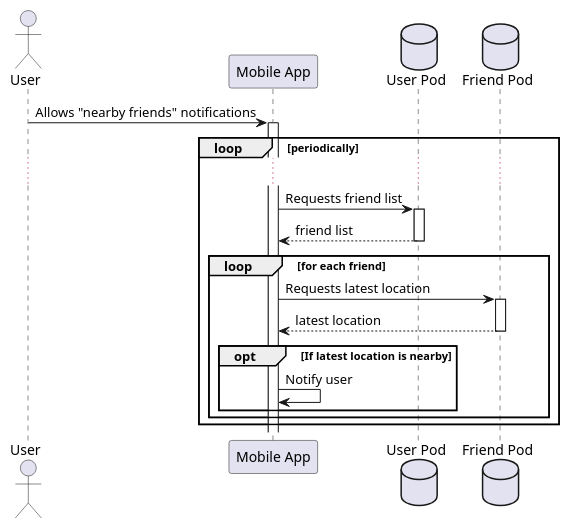
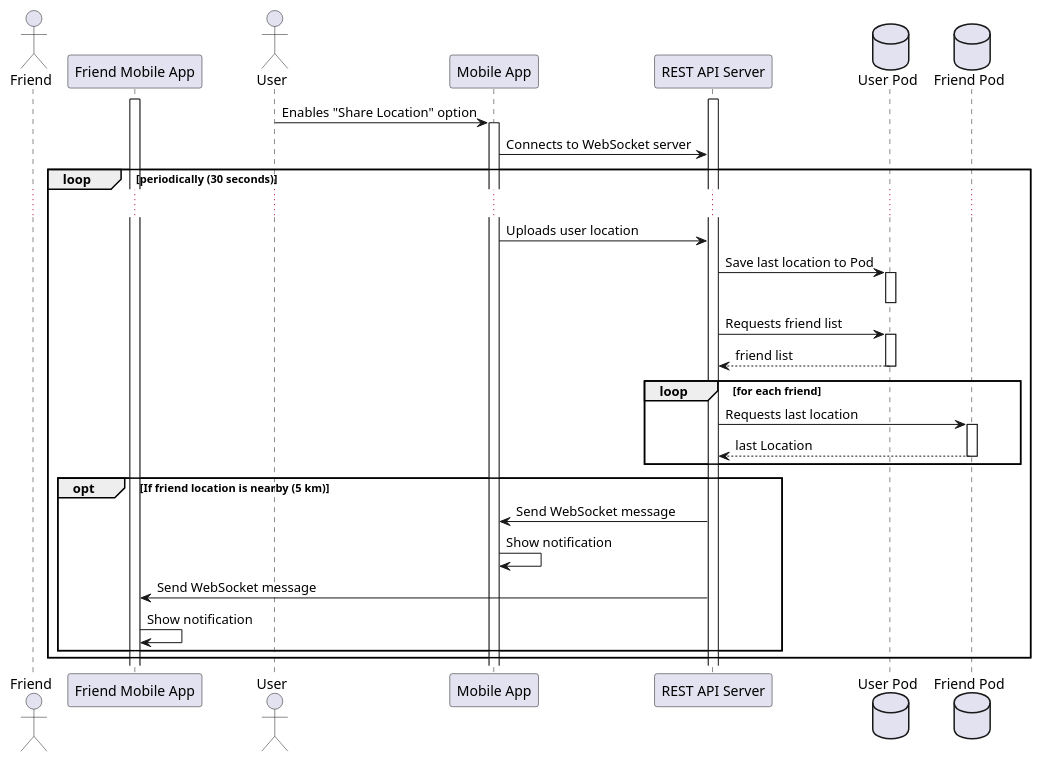
Before and after one commit to Arquisoft/radarin_en2a: the second of 5 diagrams in webapp/docs/06_runtime_view.adoc, drawn with PlantUML. The commit also changed other lines of this file and 4 other files, not shown here.

```diff
--- a/webapp/docs/06_runtime_view.adoc
+++ b/webapp/docs/06_runtime_view.adoc
@@ -56,24 +57,37 @@
 [plantuml,"Sequence diagram - Nearby friends",png]
 ----
+actor "Friend" as F
+participant "Friend Mobile App" as FApp
 actor "User" as U
 participant "Mobile App" as M
+participant "REST API Server" as R
 database "User Pod" as UPod
 database "Friend Pod" as FPod
 
-U -> M: Allows "nearby friends" notifications
+activate R
+activate FApp
+U -> M: Enables "Share Location" option
 activate M
-loop periodically
+M -> R: Connects to WebSocket server
+loop periodically (30 seconds)
     ...
-    M -> UPod: Requests friend list
+    M -> R: Uploads user location
+    R -> UPod: Save last location to Pod
+    activate UPod
+    deactivate UPod
+    R -> UPod: Requests friend list
     activate UPod
     return friend list
     loop for each friend
-        M -> FPod: Requests latest location
+        R -> FPod: Requests last location
         activate FPod
-        return latest location
-        opt If latest location is nearby
-            M -> M: Notify user
-        end
+        return last Location
+    end   
+    opt If friend location is nearby (5 km)
+        R -> M: Send WebSocket message
+        M -> M: Show notification
+        R -> FApp: Send WebSocket message
+        FApp -> FApp: Show notification
     end
 end
 ----
```
